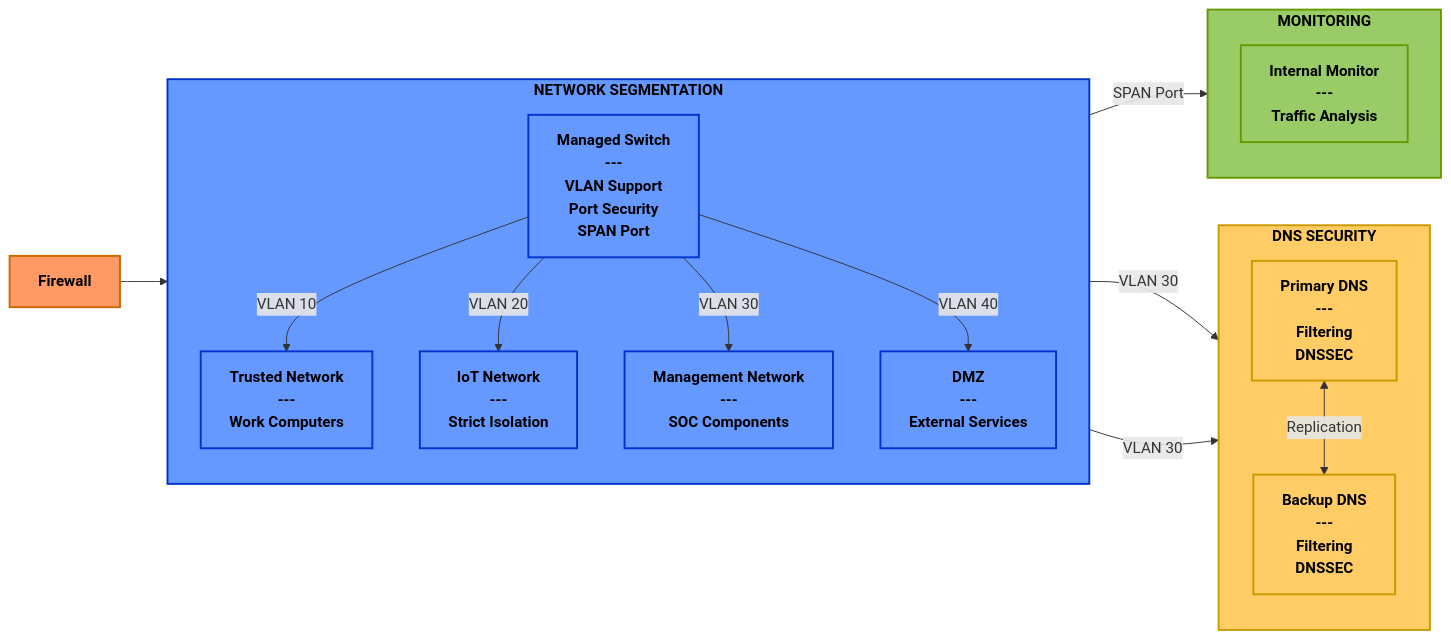
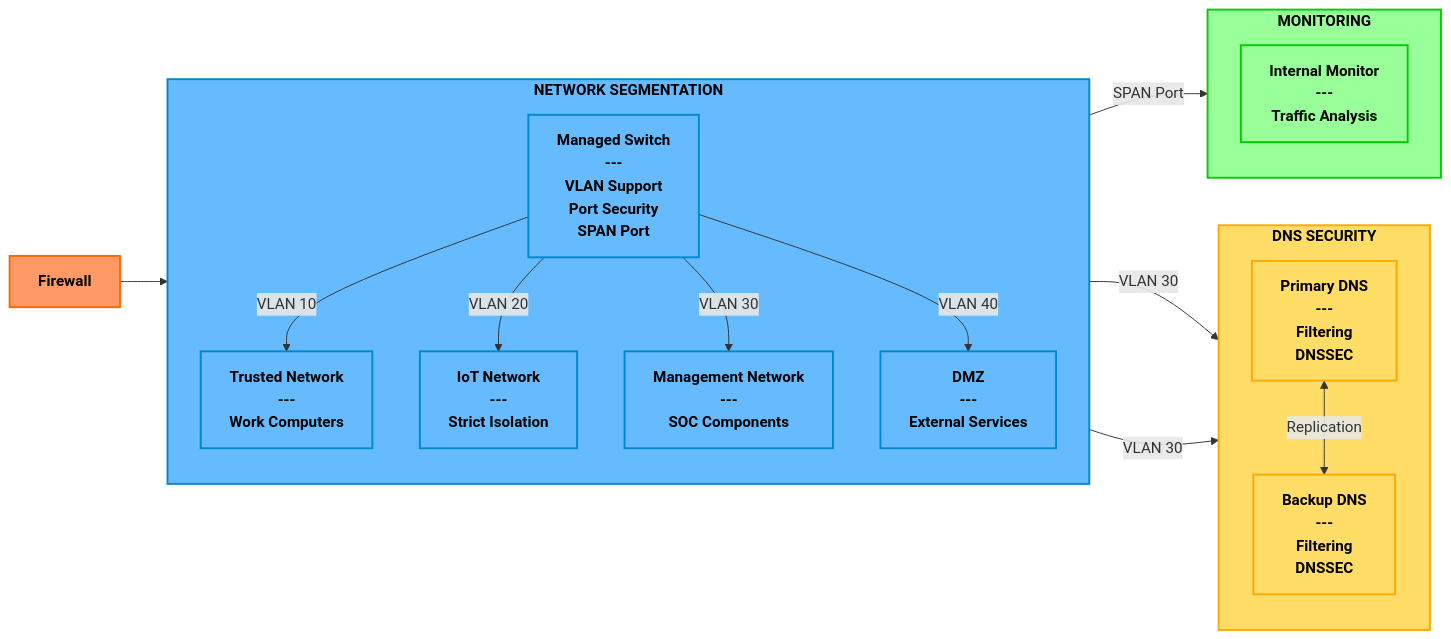
Before and after one commit to nshkrdotcom/diagram_experiments: the third of 4 diagrams in home_network/1.md, drawn with Mermaid. The commit also changed other lines of this file, not shown here.

````diff
--- a/home_network/1.md
+++ b/home_network/1.md
@@ -84,47 +113,47 @@
 ```mermaid
 flowchart LR
     %% Input from Border Security
     BorderFirewall["Firewall"] --> ManagedSwitch
     
     %% Network Segmentation Components
     subgraph NetworkSegmentation["NETWORK SEGMENTATION"]
         direction TB
-        ManagedSwitch["Managed Switch\n---\nVLAN Support\nPort Security\nSPAN Port"]
+        ManagedSwitch["Managed Switch<br>---<br>VLAN Support<br>Port Security<br>SPAN Port"]
         
         %% Network Segments
-        ManagedSwitch --> |"VLAN 10"| TrustedNet["Trusted Network\n---\nWork Computers"]
-        ManagedSwitch --> |"VLAN 20"| IOTNet["IoT Network\n---\nStrict Isolation"]
-        ManagedSwitch --> |"VLAN 30"| AdminNet["Management Network\n---\nSOC Components"]
-        ManagedSwitch --> |"VLAN 40"| DMZNet["DMZ\n---\nExternal Services"]
+        ManagedSwitch --> |"VLAN 10"| TrustedNet["Trusted Network<br>---<br>Work Computers"]
+        ManagedSwitch --> |"VLAN 20"| IOTNet["IoT Network<br>---<br>Strict Isolation"]
+        ManagedSwitch --> |"VLAN 30"| AdminNet["Management Network<br>---<br>SOC Components"]
+        ManagedSwitch --> |"VLAN 40"| DMZNet["DMZ<br>---<br>External Services"]
     end
     
     %% DNS Security Components
     subgraph DNSSecurity["DNS SECURITY"]
         direction TB
-        PiHole1["Primary DNS\n---\nFiltering\nDNSSEC"]
-        PiHole2["Backup DNS\n---\nFiltering\nDNSSEC"]
+        PiHole1["Primary DNS<br>---<br>Filtering<br>DNSSEC"]
+        PiHole2["Backup DNS<br>---<br>Filtering<br>DNSSEC"]
         PiHole1 <--> |"Replication"| PiHole2
     end
     
     %% Monitoring Components
     subgraph Monitoring["MONITORING"]
         direction TB
-        InternalMonitor["Internal Monitor\n---\nTraffic Analysis"]
+        InternalMonitor["Internal Monitor<br>---<br>Traffic Analysis"]
     end
     
     %% Connections
     ManagedSwitch --> |"VLAN 30"| PiHole1
     ManagedSwitch --> |"VLAN 30"| PiHole2
     ManagedSwitch --> |"SPAN Port"| InternalMonitor
-    
-    %% Styling
-    classDef firewall fill:#FF9966,stroke:#CC6600,stroke-width:2px,color:#000,font-weight:bold;
-    classDef network fill:#6699FF,stroke:#0033CC,stroke-width:2px,color:#000,font-weight:bold;
-    classDef dns fill:#FFCC66,stroke:#CC9900,stroke-width:2px,color:#000,font-weight:bold;
-    classDef monitoring fill:#99CC66,stroke:#669900,stroke-width:2px,color:#000,font-weight:bold;
-    
+        
+    %% Styling for dark theme
+    classDef firewall fill:#ff9966,stroke:#ff6600,stroke-width:2px,color:#000000,font-weight:bold;
+    classDef network fill:#66bbff,stroke:#0088cc,stroke-width:2px,color:#000000,font-weight:bold;
+    classDef dns fill:#ffdd66,stroke:#ffaa00,stroke-width:2px,color:#000000,font-weight:bold;
+    classDef monitoring fill:#99ff99,stroke:#00cc00,stroke-width:2px,color:#000000,font-weight:bold;
+
     class BorderFirewall firewall;
     class NetworkSegmentation,ManagedSwitch,TrustedNet,IOTNet,AdminNet,DMZNet network;
     class DNSSecurity,PiHole1,PiHole2 dns;
     class Monitoring,InternalMonitor monitoring;
 ```
````
